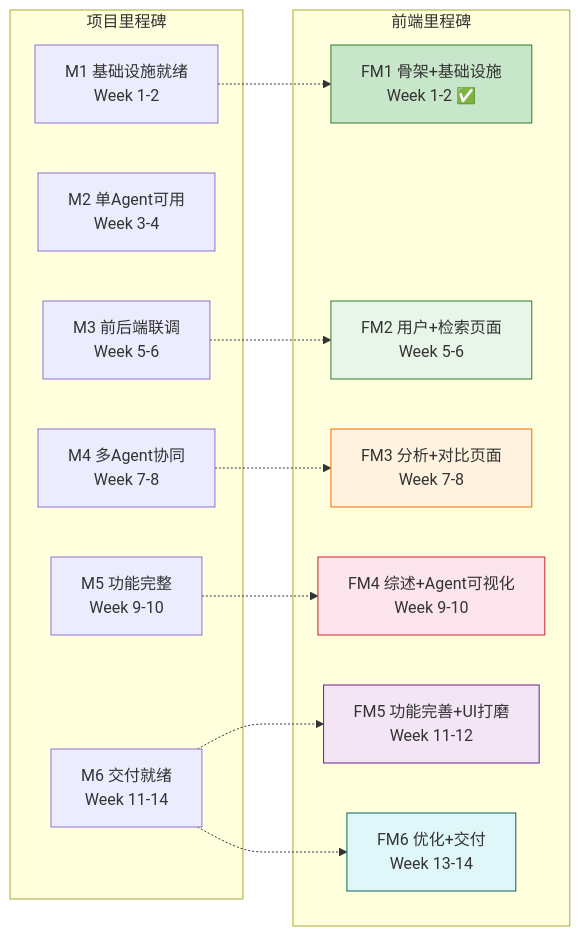
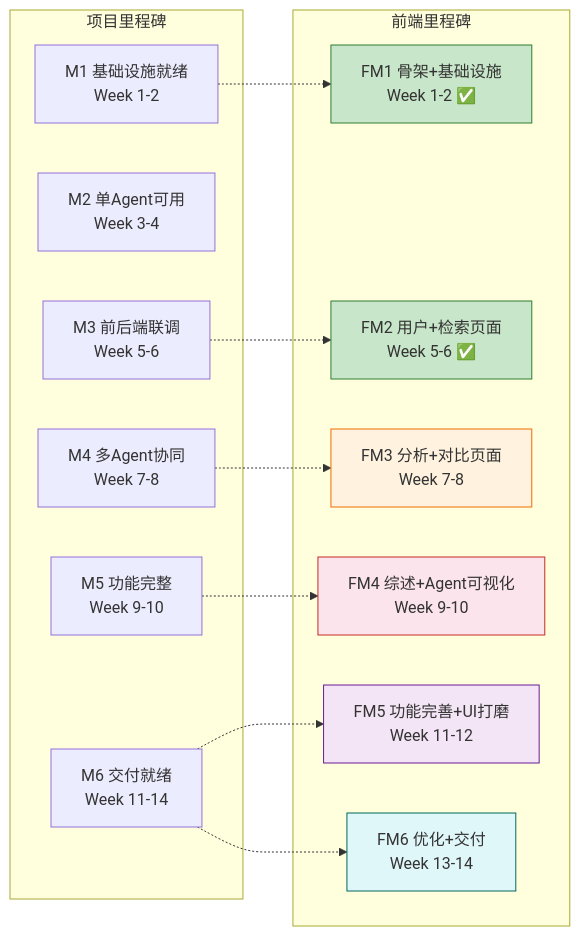
The first of 4 diagrams in docs/frontend/前端模块项目里程碑文档.md (Fsu7/Veritas-), drawn with Mermaid before and after one commit. The commit also changed other lines of this file and 38 other files, not shown here.

````diff
--- a/docs/frontend/前端模块项目里程碑文档.md
+++ b/docs/frontend/前端模块项目里程碑文档.md
@@ -56,34 +57,34 @@
 ```mermaid
 graph LR
     subgraph 项目里程碑
         M1["M1 基础设施就绪<br/>Week 1-2"]
         M2["M2 单Agent可用<br/>Week 3-4"]
         M3["M3 前后端联调<br/>Week 5-6"]
         M4["M4 多Agent协同<br/>Week 7-8"]
         M5["M5 功能完整<br/>Week 9-10"]
         M6["M6 交付就绪<br/>Week 11-14"]
     end
 
     subgraph 前端里程碑
         FM1["FM1 骨架+基础设施<br/>Week 1-2 ✅"]
-        FM2["FM2 用户+检索页面<br/>Week 5-6"]
+        FM2["FM2 用户+检索页面<br/>Week 5-6 ✅"]
         FM3["FM3 分析+对比页面<br/>Week 7-8"]
         FM4["FM4 综述+Agent可视化<br/>Week 9-10"]
         FM5["FM5 功能完善+UI打磨<br/>Week 11-12"]
         FM6["FM6 优化+交付<br/>Week 13-14"]
     end
 
     M1 -.-> FM1
     M3 -.-> FM2
     M4 -.-> FM3
     M5 -.-> FM4
     M6 -.-> FM5
     M6 -.-> FM6
 
     style FM1 fill:#c8e6c9,stroke:#2e7d32
-    style FM2 fill:#e8f5e9,stroke:#2e7d32
+    style FM2 fill:#c8e6c9,stroke:#2e7d32
     style FM3 fill:#fff3e0,stroke:#ef6c00
     style FM4 fill:#fce4ec,stroke:#c62828
     style FM5 fill:#f3e5f5,stroke:#6a1b9a
     style FM6 fill:#e0f7fa,stroke:#00695c
 ```
````
